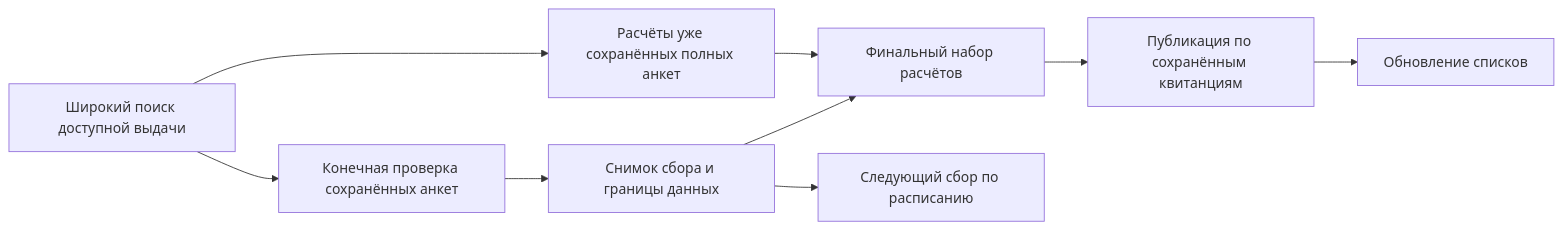
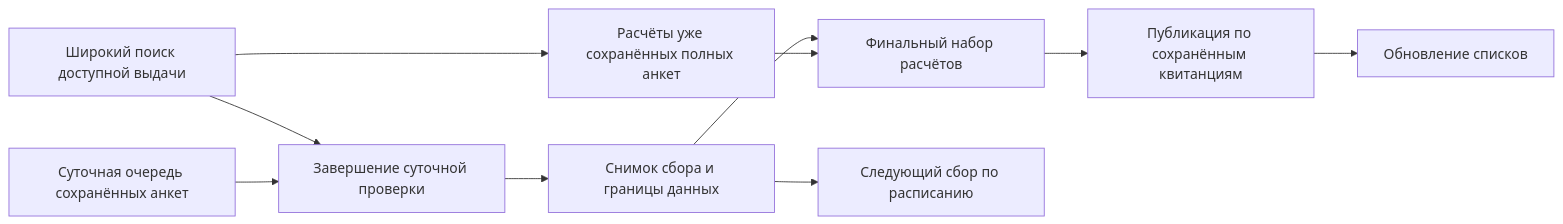
One commit to kostia7alania/jardulik-companion changed the diagram in docs/sync-cycles.md. Above: the diagram before and after it, drawn with Mermaid. The commit also changed other lines of this file and 12 other files, not shown here.

````diff
--- a/docs/sync-cycles.md
+++ b/docs/sync-cycles.md
@@ -9,11 +9,12 @@
 ```mermaid
 flowchart LR
- A[Широкий поиск доступной выдачи] --> B[Конечная проверка сохранённых анкет]
+ A[Широкий поиск доступной выдачи] --> B[Завершение суточной проверки]
+ P[Суточная очередь сохранённых анкет] --> B
  A --> C[Расчёты уже сохранённых полных анкет]
  B --> S[Снимок сбора и границы данных]
  S --> D[Финальный набор расчётов]
  S --> G[Следующий сбор по расписанию]
  C --> D
  D --> E[Публикация по сохранённым квитанциям]
  E --> F[Обновление списков]
 ```
````
